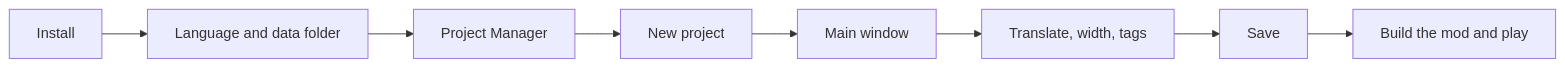
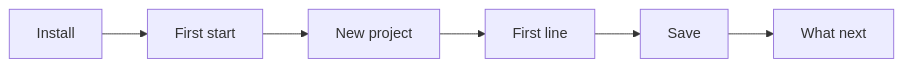
The diagram in docs/wiki/0_Getting_Started.md (rashevskyv/Picoripi), drawn with Mermaid before and after one commit. The commit also changed other lines of this file and 54 other files, not shown here.

````diff
--- a/docs/wiki/0_Getting_Started.md
+++ b/docs/wiki/0_Getting_Started.md
@@ -17,10 +16,8 @@
 ```mermaid
 flowchart LR
-  A[Install] --> B[Language and data folder]
-  B --> C[Project Manager]
-  C --> D[New project]
-  D --> E[Main window]
-  E --> F[Translate, width, tags]
-  F --> G[Save]
-  G --> H[Build the mod and play]
+  A[Install] --> B[First start]
+  B --> C[New project]
+  C --> D[First line]
+  D --> E[Save]
+  E --> F[What next]
 ```
````
